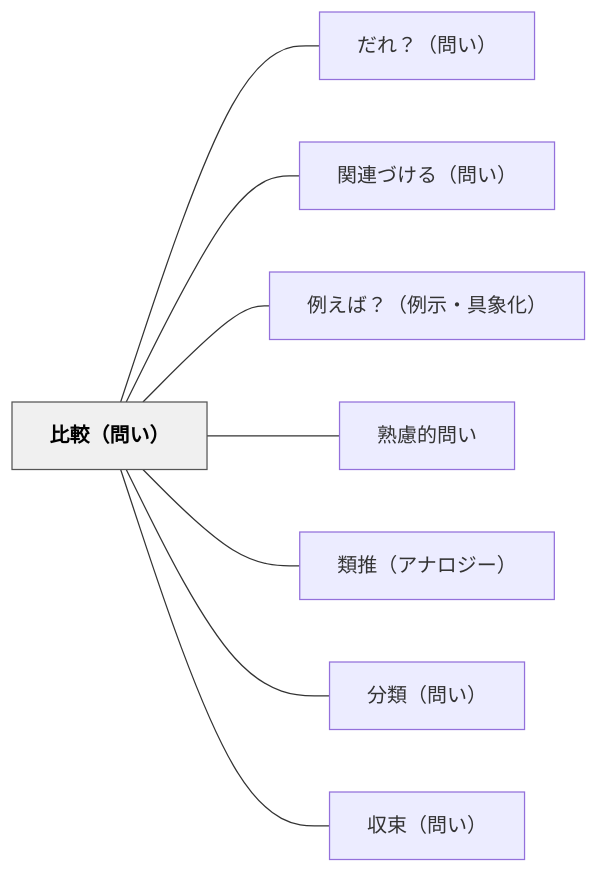
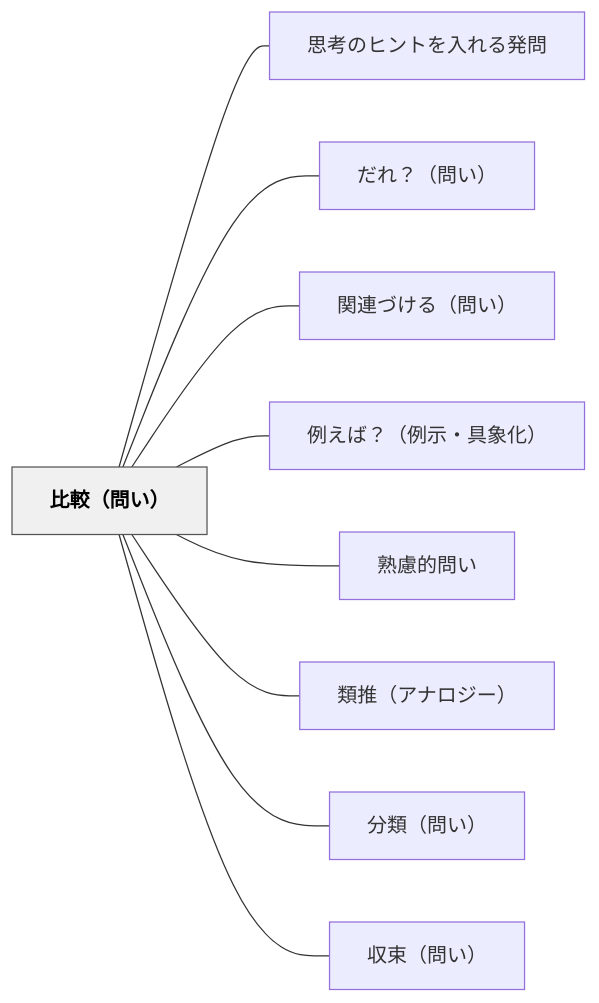
One commit to unknownthings-ed-patterns/unknownthings-ed-patterns changed the diagram in content/パタン/比較（問い）.md. Above: the diagram before and after it, drawn with Mermaid. The commit also changed other lines of this file and 28 other files, not shown here.

````diff
--- a/content/パタン/比較（問い）.md
+++ b/content/パタン/比較（問い）.md
@@ -51,22 +52,24 @@
 ```mermaid
 flowchart LR
     ne6af94e8bc83efbc88e5958fe38184efbc89["比較（問い）"]
+    ne6809de88083e381aee38392e383b3e38388e38292e585a5e3828ce3828be799bae5958f["思考のヒントを入れる発問"]
     ne381a0e3828cefbc9fefbc88e5958fe38184efbc89["だれ？（問い）"]
     ne996a2e980a3e381a5e38191e3828befbc88e5958fe38184efbc89["関連づける（問い）"]
     ne4be8be38188e381b0efbc9fefbc88e4be8be7a4bae383bbe585b7e8b1a1e58c96efbc89["例えば？（例示・具象化）"]
     ne7869fe685aee79a84e5958fe38184["熟慮的問い"]
     ne9a19ee68ea8efbc88e382a2e3838ae383ade382b8e383bcefbc89["類推（アナロジー）"]
     ne58886e9a19eefbc88e5958fe38184efbc89["分類（問い）"]
     ne58f8ee69d9fefbc88e5958fe38184efbc89["収束（問い）"]
 
+    ne6af94e8bc83efbc88e5958fe38184efbc89 --- ne6809de88083e381aee38392e383b3e38388e38292e585a5e3828ce3828be799bae5958f
     ne6af94e8bc83efbc88e5958fe38184efbc89 --- ne381a0e3828cefbc9fefbc88e5958fe38184efbc89
     ne6af94e8bc83efbc88e5958fe38184efbc89 --- ne996a2e980a3e381a5e38191e3828befbc88e5958fe38184efbc89
     ne6af94e8bc83efbc88e5958fe38184efbc89 --- ne4be8be38188e381b0efbc9fefbc88e4be8be7a4bae383bbe585b7e8b1a1e58c96efbc89
     ne6af94e8bc83efbc88e5958fe38184efbc89 --- ne7869fe685aee79a84e5958fe38184
     ne6af94e8bc83efbc88e5958fe38184efbc89 --- ne9a19ee68ea8efbc88e382a2e3838ae383ade382b8e383bcefbc89
     ne6af94e8bc83efbc88e5958fe38184efbc89 --- ne58886e9a19eefbc88e5958fe38184efbc89
     ne6af94e8bc83efbc88e5958fe38184efbc89 --- ne58f8ee69d9fefbc88e5958fe38184efbc89
 
     classDef hub fill:#f0f0f0,stroke:#555,color:#000,font-weight:bold
     class ne6af94e8bc83efbc88e5958fe38184efbc89 hub
 ```
````
